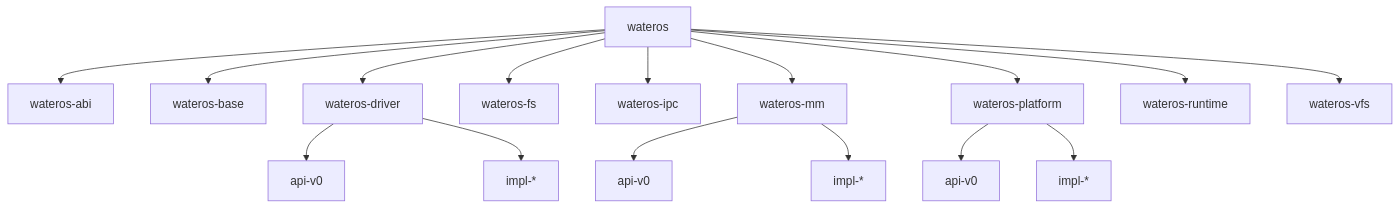
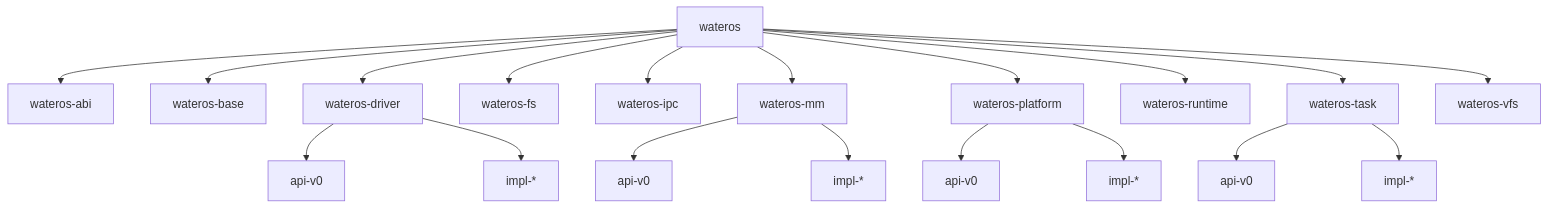
Before and after one commit to zhitian111/WaterOS: the diagram in docs/architecture/snapshot.md, drawn with Mermaid. The commit also changed other lines of this file and 22 other files, not shown here.

````diff
--- a/docs/architecture/snapshot.md
+++ b/docs/architecture/snapshot.md
@@ -31,30 +32,34 @@
 ```mermaid
 flowchart TD
     wateros[wateros]
     abi[wateros-abi]
     base[wateros-base]
     driver[wateros-driver]
     fs[wateros-fs]
     ipc[wateros-ipc]
     mm[wateros-mm]
     platform[wateros-platform]
     runtime[wateros-runtime]
+    task[wateros-task]
     vfs[wateros-vfs]
 
     wateros --> abi
     wateros --> base
     wateros --> driver
     wateros --> fs
     wateros --> ipc
     wateros --> mm
     wateros --> platform
     wateros --> runtime
+    wateros --> task
     wateros --> vfs
 
     platform --> platformApi[api-v0]
     platform --> platformImpl[impl-*]
     driver --> driverApi[api-v0]
     driver --> driverImpl[impl-*]
     mm --> mmApi[api-v0]
     mm --> mmImpl[impl-*]
+    task --> taskApi[api-v0]
+    task --> taskImpl[impl-*]
 ```
````
